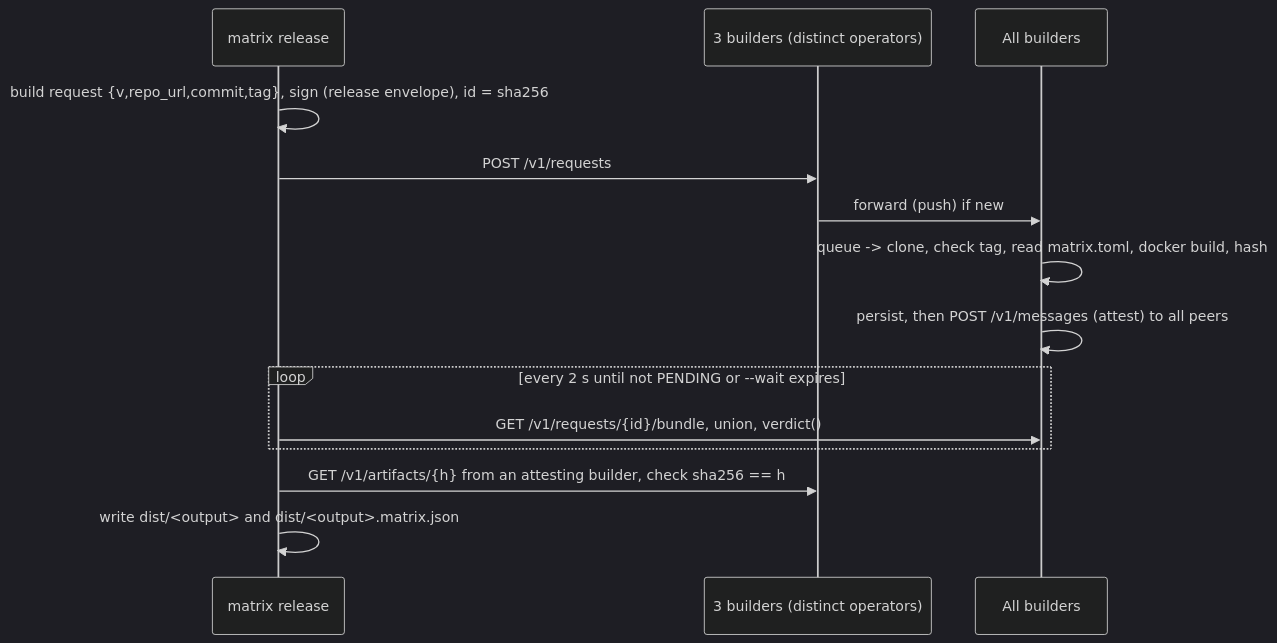
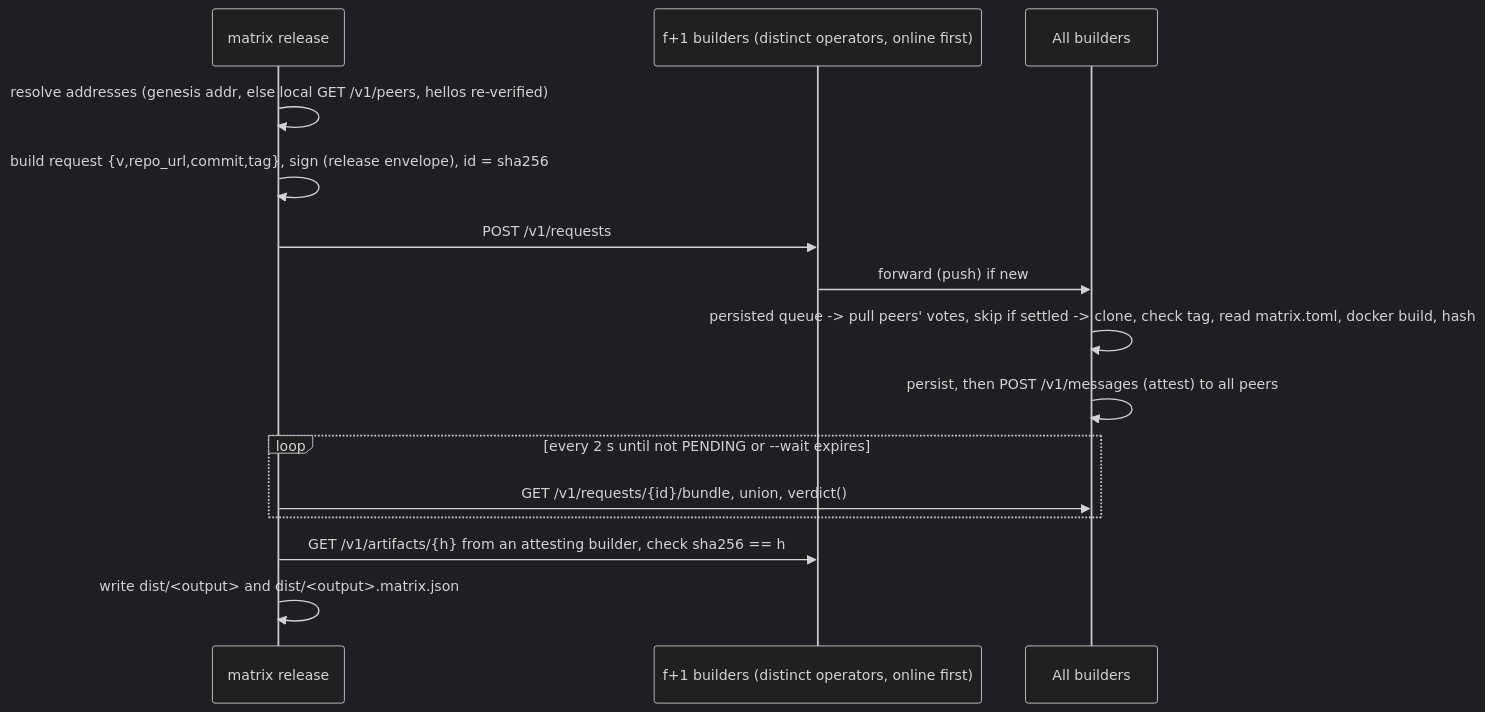
Before and after one commit to ChaoticNebula5/Matrix: the fourth of 5 diagrams in docs/HLD.md, drawn with Mermaid (dark theme). The commit also changed other lines of this file and 8 other files, not shown here.

````diff
--- a/docs/HLD.md
+++ b/docs/HLD.md
@@ -93,16 +144,17 @@
 ```mermaid
 sequenceDiagram
     participant R as matrix release
-    participant B as 3 builders (distinct operators)
+    participant B as f+1 builders (distinct operators, online first)
     participant All as All builders
+    R->>R: resolve addresses (genesis addr, else local GET /v1/peers, hellos re-verified)
     R->>R: build request {v,repo_url,commit,tag}, sign (release envelope), id = sha256
     R->>B: POST /v1/requests
     B->>All: forward (push) if new
-    All->>All: queue -> clone, check tag, read matrix.toml, docker build, hash
+    All->>All: persisted queue -> pull peers' votes, skip if settled -> clone, check tag, read matrix.toml, docker build, hash
     All->>All: persist, then POST /v1/messages (attest) to all peers
     loop every 2 s until not PENDING or --wait expires
         R->>All: GET /v1/requests/{id}/bundle, union, verdict()
     end
     R->>B: GET /v1/artifacts/{h} from an attesting builder, check sha256 == h
     R->>R: write dist/<output> and dist/<output>.matrix.json
 ```
````
